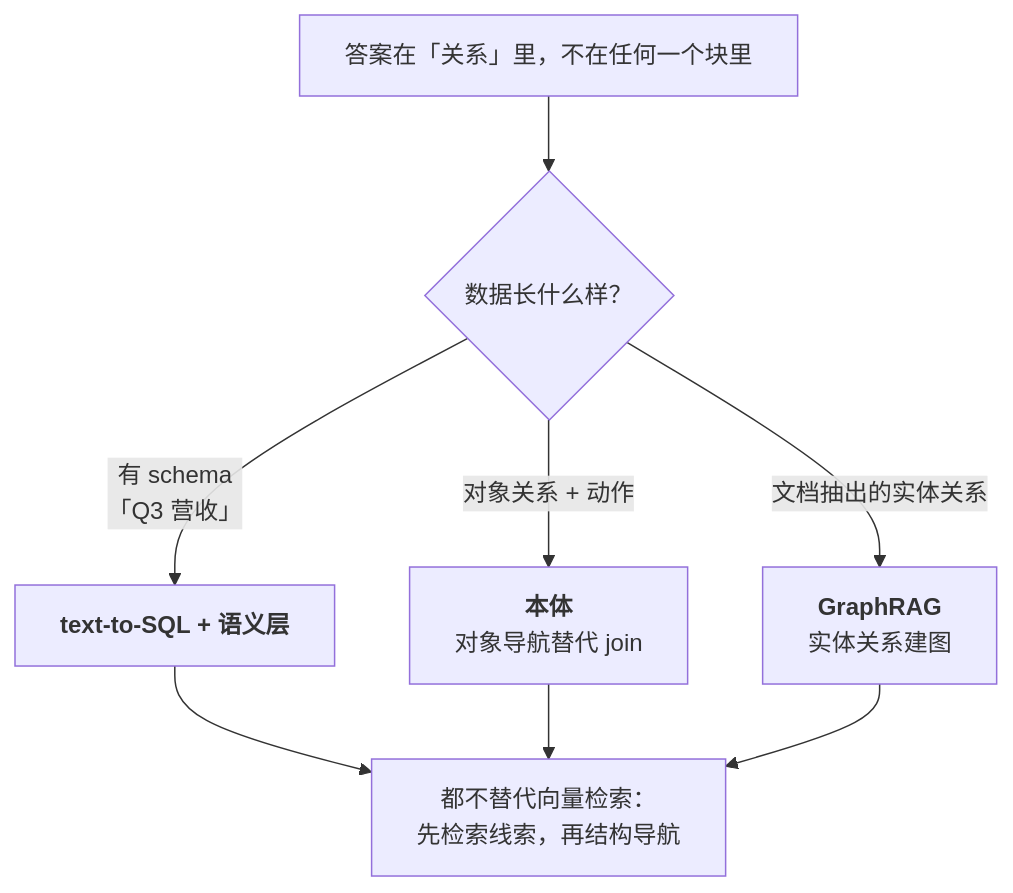
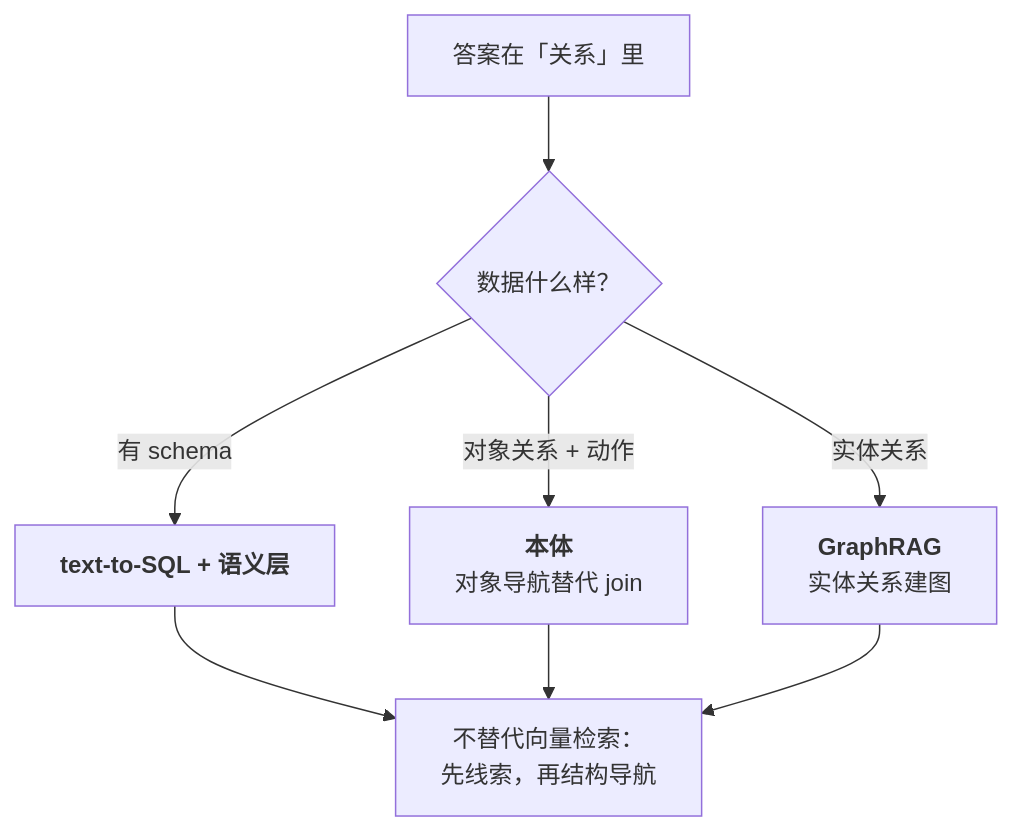
One commit to arganzheng/arganzheng.github.com changed the seventh of 7 diagrams in slides/2026-10-19-retrieval-and-knowledge.md. Above: the diagram before and after it, drawn with Mermaid. The commit also changed other lines of this file, not shown here.

Commit message:
slides(2026-10-19-retrieval-and-knowledge): 图内文字 ≥14px——标签缩短/拆分/Unicode 数学

````diff
--- a/slides/2026-10-19-retrieval-and-knowledge.md
+++ b/slides/2026-10-19-retrieval-and-knowledge.md
@@ -223,10 +226,10 @@
 ```mermaid
 %%{init: {"flowchart": {"wrappingWidth": 440}}}%%
 flowchart TB
-    Q["答案在「关系」里，不在任何一个块里"] --> W{"数据长什么样？"}
-    W -- "有 schema<br/>「Q3 营收」" --> S["<b>text-to-SQL + 语义层</b>"]
+    Q["答案在「关系」里"] --> W{"数据什么样？"}
+    W -- "有 schema" --> S["<b>text-to-SQL + 语义层</b>"]
     W -- "对象关系 + 动作" --> O["<b>本体</b><br/>对象导航替代 join"]
-    W -- "文档抽出的实体关系" --> G["<b>GraphRAG</b><br/>实体关系建图"]
-    S & O & G --> C["都不替代向量检索：<br/>先检索线索，再结构导航"]
+    W -- "实体关系" --> G["<b>GraphRAG</b><br/>实体关系建图"]
+    S & O & G --> C["不替代向量检索：<br/>先线索，再结构导航"]
 
 ```
````
